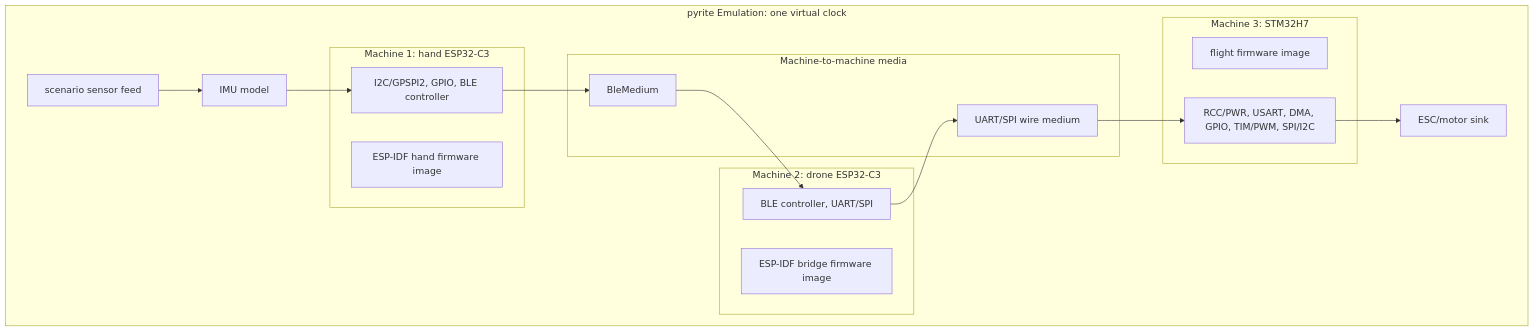
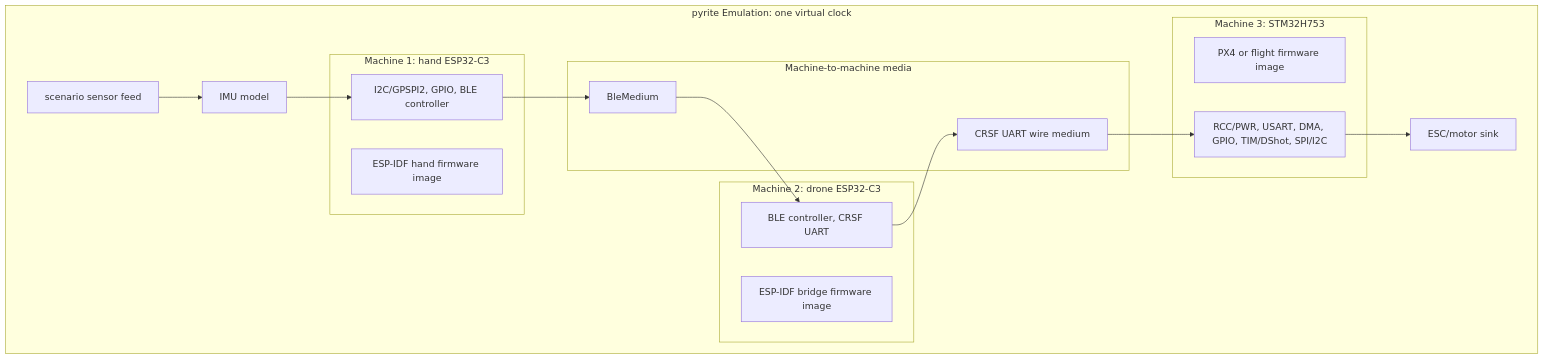
The second of 4 diagrams in docs/architecture.md (Samiurr10/gesture-controlled-drone), drawn with Mermaid before and after one commit. The commit also changed other lines of this file and 2 other files, not shown here.

Commit message:
Document MCU selection and control architecture

````diff
--- a/docs/architecture.md
+++ b/docs/architecture.md
@@ -40,33 +40,33 @@
 ```mermaid
 flowchart TB
     subgraph Pyrite_Emulation[pyrite Emulation: one virtual clock]
         subgraph Hand_Machine[Machine 1: hand ESP32-C3]
             HandFlash[ESP-IDF hand firmware image]
             HandPeripherals[I2C/GPSPI2, GPIO, BLE controller]
         end
 
         subgraph Air_Medium[Machine-to-machine media]
             BLE[BleMedium]
-            Serial[UART/SPI wire medium]
+            Serial[CRSF UART wire medium]
         end
 
         subgraph Drone_Radio_Machine[Machine 2: drone ESP32-C3]
             RadioFlash[ESP-IDF bridge firmware image]
-            RadioPeripherals[BLE controller, UART/SPI]
+            RadioPeripherals[BLE controller, CRSF UART]
         end
 
-        subgraph Flight_Machine[Machine 3: STM32H7]
-            H7Flash[flight firmware image]
-            H7Peripherals[RCC/PWR, USART, DMA, GPIO, TIM/PWM, SPI/I2C]
+        subgraph Flight_Machine[Machine 3: STM32H753]
+            H7Flash[PX4 or flight firmware image]
+            H7Peripherals[RCC/PWR, USART, DMA, GPIO, TIM/DShot, SPI/I2C]
         end
 
         SensorFeed[scenario sensor feed]
         IMUModel[IMU model]
         ESCSink[ESC/motor sink]
 
         SensorFeed --> IMUModel --> HandPeripherals
         HandPeripherals --> BLE --> RadioPeripherals
         RadioPeripherals --> Serial --> H7Peripherals
         H7Peripherals --> ESCSink
     end
 ```
````
